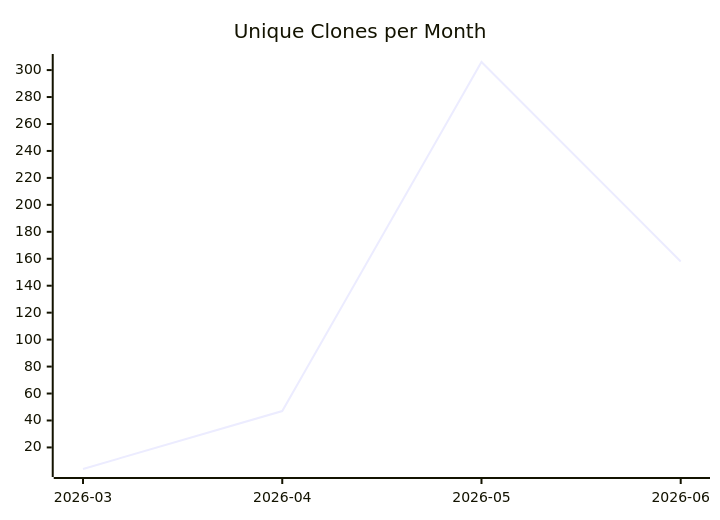
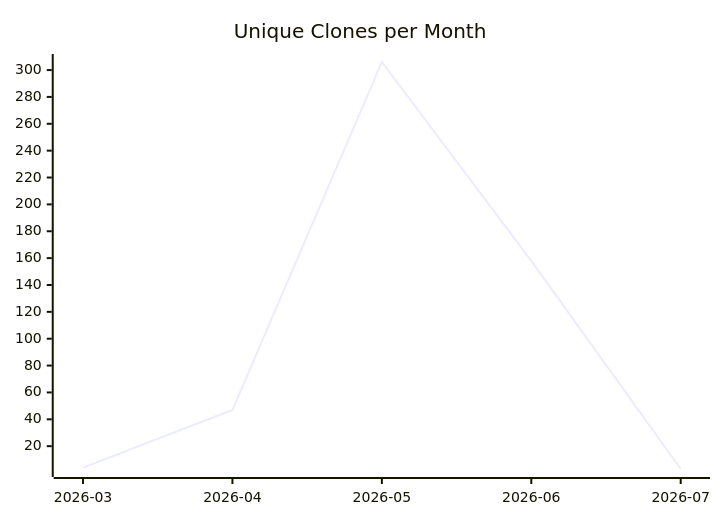
The third of 3 diagrams in karlmdavis/dotfiles/README.md (justdavis-family/github-analytics-data), drawn with Mermaid before and after one commit. The commit also changed other lines of this file and 199 other files, not shown here.

````diff
--- a/karlmdavis/dotfiles/README.md
+++ b/karlmdavis/dotfiles/README.md
@@ -19,6 +19,6 @@
 ```mermaid
 xychart-beta
   title "Unique Clones per Month"
-  x-axis ["2026-03", "2026-04", "2026-05", "2026-06"]
-  line [4, 47, 306, 158]
+  x-axis ["2026-03", "2026-04", "2026-05", "2026-06", "2026-07"]
+  line [4, 47, 306, 158, 3]
 ```
````
